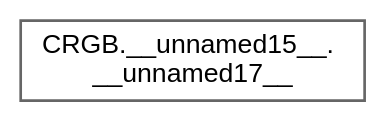
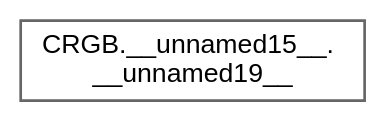
One commit to manmuqingshan/FastLED changed the diagram in docs/inherit_graph_39.dot. Above: the diagram before and after it, drawn with Graphviz. The commit also changed 10182 other files, not shown here.

```diff
--- a/docs/inherit_graph_39.dot
+++ b/docs/inherit_graph_39.dot
@@ -1,9 +1,9 @@
 digraph "Graphical Class Hierarchy"
 {
  // LATEX_PDF_SIZE
   bgcolor="transparent";
   edge [fontname=Helvetica,fontsize=10,labelfontname=Helvetica,labelfontsize=10];
   node [fontname=Helvetica,fontsize=10,shape=box,height=0.2,width=0.4];
   rankdir="LR";
-  Node0 [id="Node000000",label="CRGB.__unnamed15__.\l__unnamed17__",height=0.2,width=0.4,color="grey40", fillcolor="white", style="filled",URL="$db/d87/group___pixel_types.html#da/db3/struct_c_r_g_b_8____unnamed15_____8____unnamed17____",tooltip=" "];
+  Node0 [id="Node000000",label="CRGB.__unnamed15__.\l__unnamed19__",height=0.2,width=0.4,color="grey40", fillcolor="white", style="filled",URL="$db/d87/group___pixel_types.html#df/d79/struct_c_r_g_b_8____unnamed15_____8____unnamed19____",tooltip=" "];
 }
```
